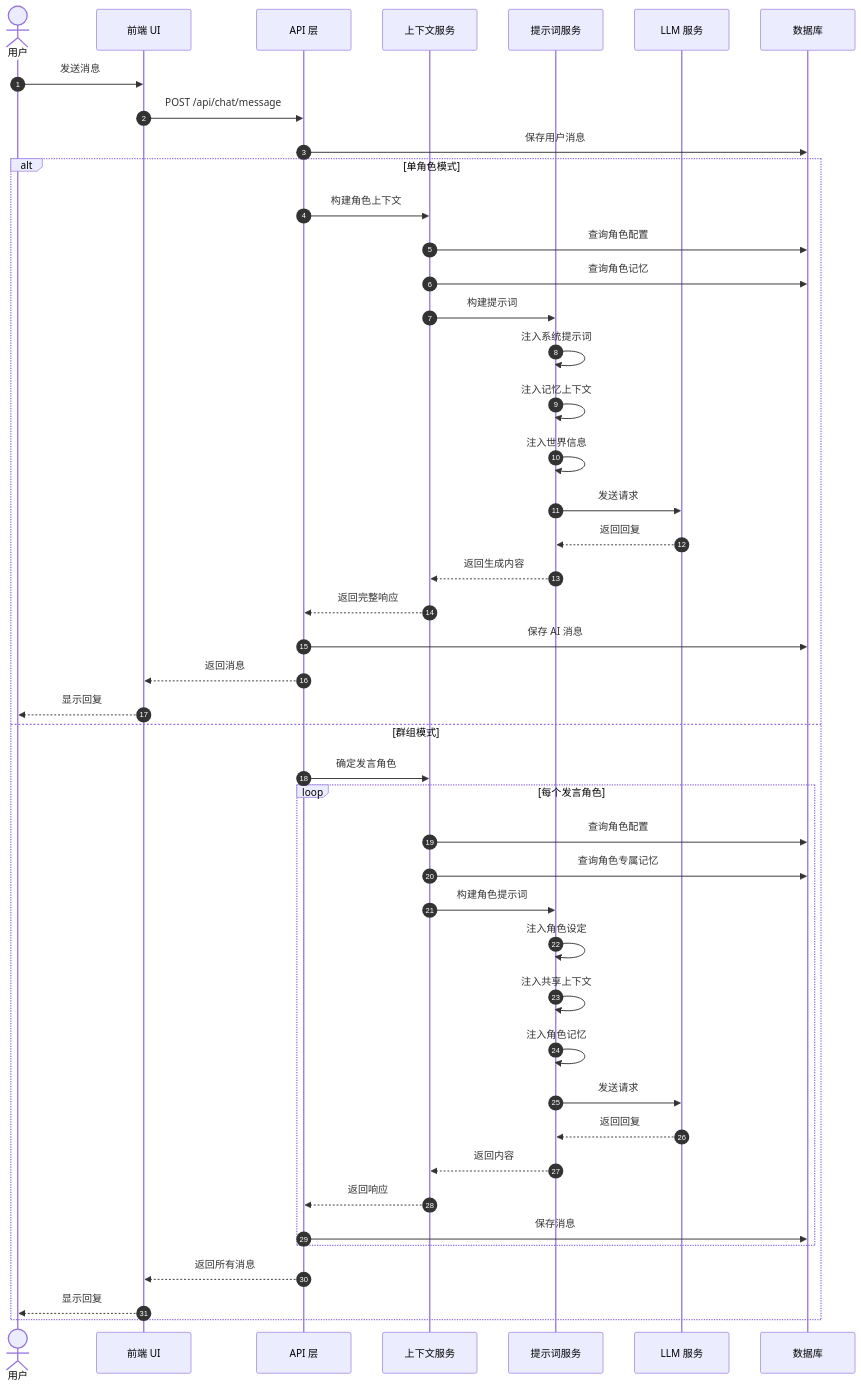
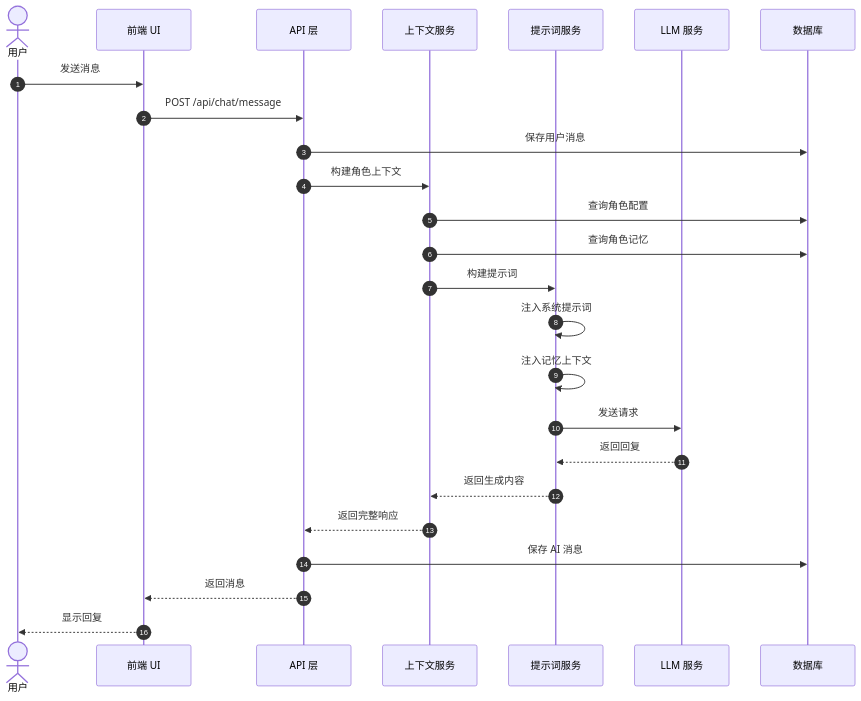
Before and after one commit to RudolphHuang/openclaw_doc: the third of 10 diagrams in bar/设计方案.md, drawn with Mermaid. The commit also changed other lines of this file and 3 other files, not shown here.

````diff
--- a/bar/设计方案.md
+++ b/bar/设计方案.md
@@ -331,50 +242,29 @@
 ```mermaid
 sequenceDiagram
     autonumber
     actor User as 用户
     participant UI as 前端 UI
     participant API as API 层
     participant CS as 上下文服务
     participant PS as 提示词服务
     participant LLM as LLM 服务
     participant DB as 数据库
 
     User->>UI: 发送消息
     UI->>API: POST /api/chat/message
     API->>DB: 保存用户消息
     
-    alt 单角色模式
-        API->>CS: 构建角色上下文
-        CS->>DB: 查询角色配置
-        CS->>DB: 查询角色记忆
-        CS->>PS: 构建提示词
-        PS->>PS: 注入系统提示词
-        PS->>PS: 注入记忆上下文
-        PS->>PS: 注入世界信息
-        PS->>LLM: 发送请求
-        LLM-->>PS: 返回回复
-        PS-->>CS: 返回生成内容
-        CS-->>API: 返回完整响应
-        API->>DB: 保存 AI 消息
-        API-->>UI: 返回消息
-        UI-->>User: 显示回复
-        
-    else 群组模式
-        API->>CS: 确定发言角色
-        loop 每个发言角色
-            CS->>DB: 查询角色配置
-            CS->>DB: 查询角色专属记忆
-            CS->>PS: 构建角色提示词
-            PS->>PS: 注入角色设定
-            PS->>PS: 注入共享上下文
-            PS->>PS: 注入角色记忆
-            PS->>LLM: 发送请求
-            LLM-->>PS: 返回回复
-            PS-->>CS: 返回内容
-            CS-->>API: 返回响应
-            API->>DB: 保存消息
-        end
-        API-->>UI: 返回所有消息
-        UI-->>User: 显示回复
-    end
+    API->>CS: 构建角色上下文
+    CS->>DB: 查询角色配置
+    CS->>DB: 查询角色记忆
+    CS->>PS: 构建提示词
+    PS->>PS: 注入系统提示词
+    PS->>PS: 注入记忆上下文
+    PS->>LLM: 发送请求
+    LLM-->>PS: 返回回复
+    PS-->>CS: 返回生成内容
+    CS-->>API: 返回完整响应
+    API->>DB: 保存 AI 消息
+    API-->>UI: 返回消息
+    UI-->>User: 显示回复
 ```
````
